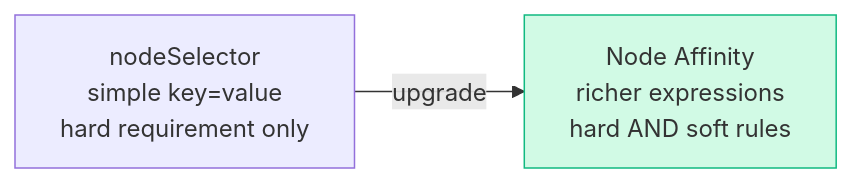
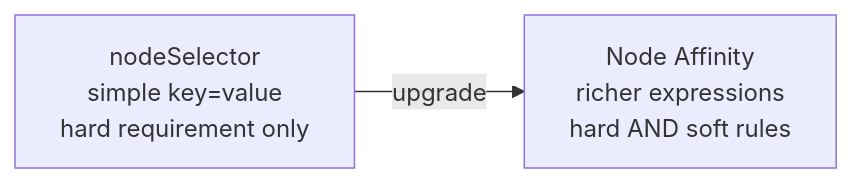
One commit to Gautam4424/k8slearn-content changed the first of 2 diagrams in content/cka/05-scheduling-where-pods-land/53-node-affinity-pod-affinity/53-node-affinity-pod-affinity.md. Above: the diagram before and after it, drawn with Mermaid. The commit also changed other lines of this file and 40 other files, not shown here.

Commit message:
chore: fix mermaid style regex

````diff
--- a/content/cka/05-scheduling-where-pods-land/53-node-affinity-pod-affinity/53-node-affinity-pod-affinity.md
+++ b/content/cka/05-scheduling-where-pods-land/53-node-affinity-pod-affinity/53-node-affinity-pod-affinity.md
@@ -21,7 +21,6 @@
 ```mermaid
 flowchart LR
     NS["nodeSelector\nsimple key=value\nhard requirement only"]
     NA["Node Affinity\nricher expressions\nhard AND soft rules"]
     NS -->|upgrade| NA
-    style NA fill:#d1fae5,stroke:#10b981
 ```
````
